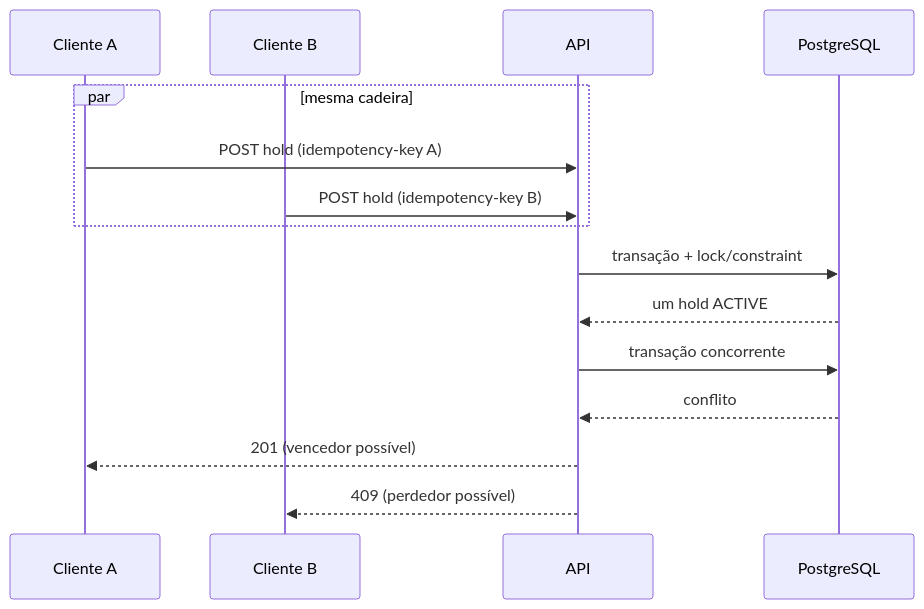
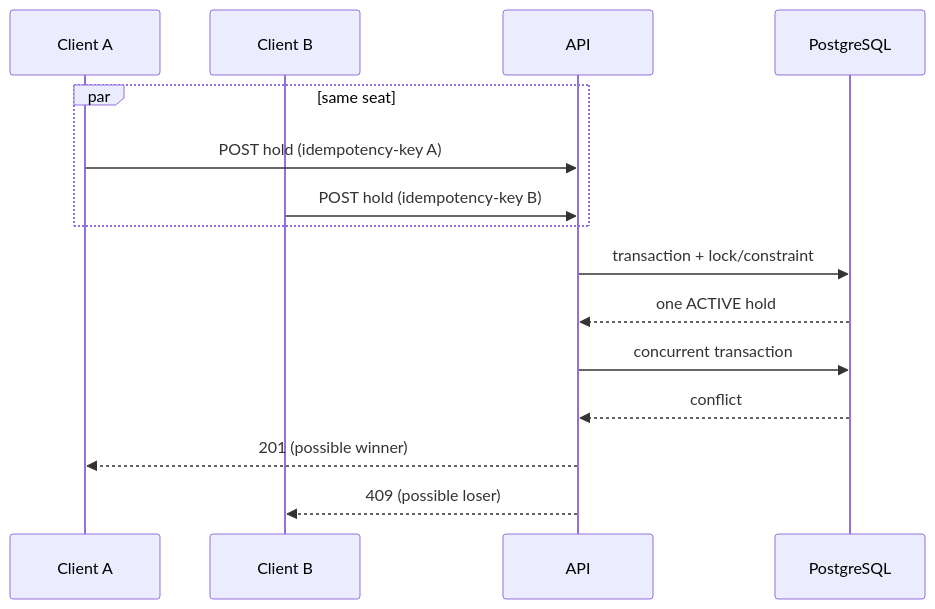
One commit to lbraun7/live-seat-reservation changed the second of 4 diagrams in docs/architecture.md. Above: the diagram before and after it, drawn with Mermaid. The commit also changed other lines of this file and 15 other files, not shown here.

````diff
--- a/docs/architecture.md
+++ b/docs/architecture.md
@@ -44,17 +40,17 @@
 ```mermaid
 sequenceDiagram
-  participant A as Cliente A
-  participant B as Cliente B
+  participant A as Client A
+  participant B as Client B
   participant API
   participant DB as PostgreSQL
-  par mesma cadeira
+  par same seat
     A->>API: POST hold (idempotency-key A)
     B->>API: POST hold (idempotency-key B)
   end
-  API->>DB: transação + lock/constraint
-  DB-->>API: um hold ACTIVE
-  API->>DB: transação concorrente
-  DB-->>API: conflito
-  API-->>A: 201 (vencedor possível)
-  API-->>B: 409 (perdedor possível)
+  API->>DB: transaction + lock/constraint
+  DB-->>API: one ACTIVE hold
+  API->>DB: concurrent transaction
+  DB-->>API: conflict
+  API-->>A: 201 (possible winner)
+  API-->>B: 409 (possible loser)
 ```
````
